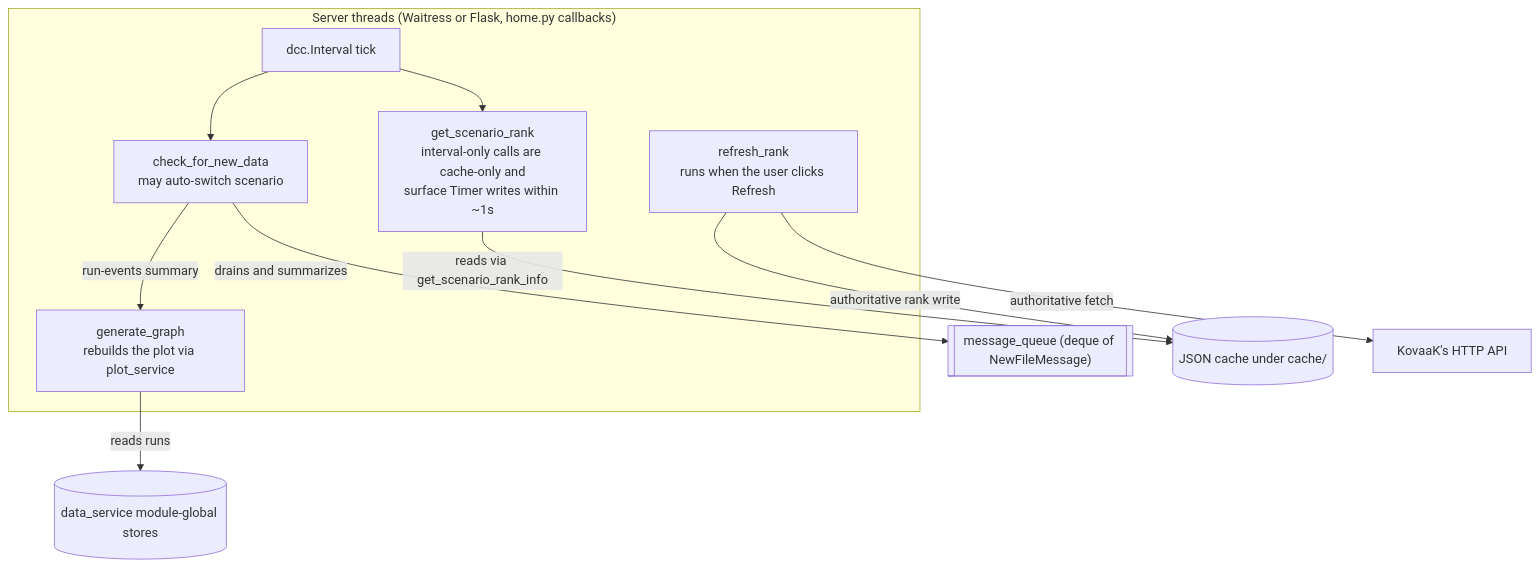
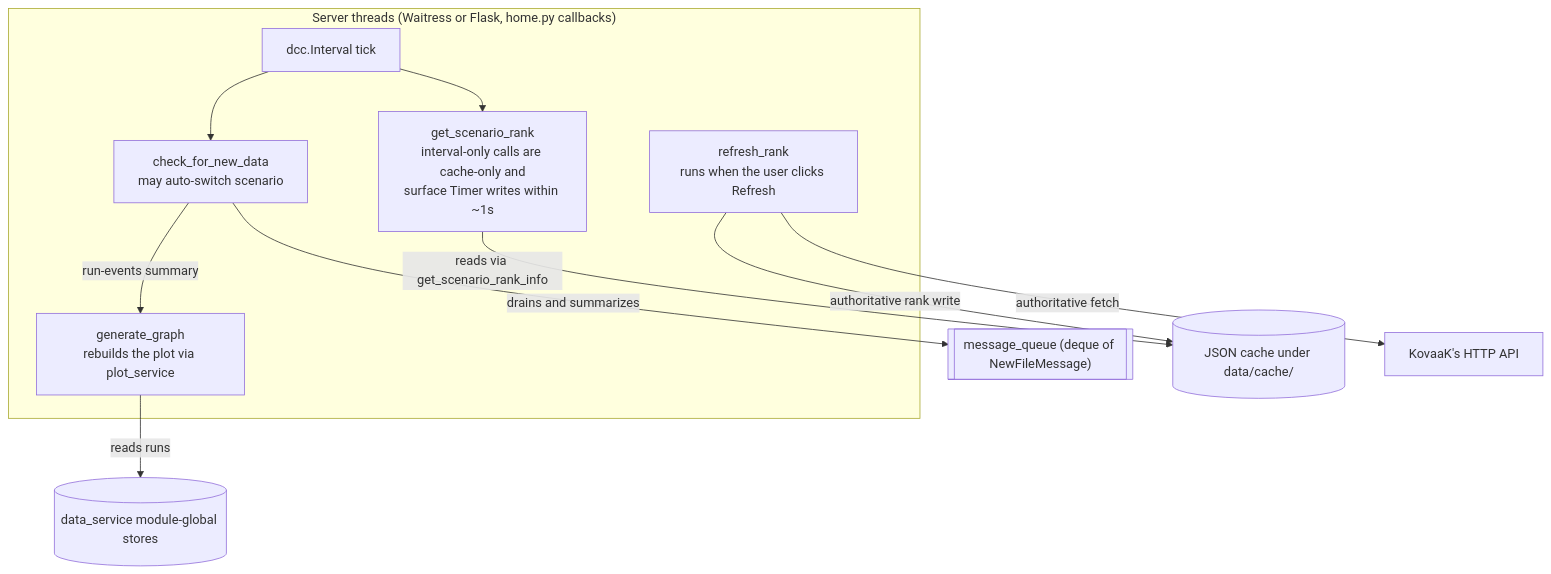
The second of 3 diagrams in docs/architecture.md (MingoDynasty/Corporate-Serf-Dashboard), drawn with Mermaid before and after one commit. The commit also changed other lines of this file and 5 other files, not shown here.

First line of the commit message:
feat: move the API cache under data/cache/

````diff
--- a/docs/architecture.md
+++ b/docs/architecture.md
@@ -62,24 +62,24 @@
 ```mermaid
 flowchart TD
     subgraph Server["Server threads (Waitress or Flask, home.py callbacks)"]
         Tick["dcc.Interval tick"]
         Check["check_for_new_data<br/>may auto-switch scenario"]
         Graph["generate_graph<br/>rebuilds the plot via plot_service"]
         Rank["get_scenario_rank<br/>interval-only calls are cache-only and<br/>surface Timer writes within ~1s"]
         Refresh["refresh_rank<br/>runs when the user clicks Refresh"]
         Tick --> Check
         Check -->|"run-events summary"| Graph
         Tick --> Rank
     end
 
     Queue[["message_queue (deque of NewFileMessage)"]]
     Stores[("data_service module-global stores")]
-    Cache[("JSON cache under cache/")]
+    Cache[("JSON cache under data/cache/")]
     API["KovaaK's HTTP API"]
 
     Check -->|"drains and summarizes"| Queue
     Graph -->|"reads runs"| Stores
     Rank -->|"reads via get_scenario_rank_info"| Cache
     Refresh -->|"authoritative fetch"| API
     Refresh -->|"authoritative rank write"| Cache
 ```
````
